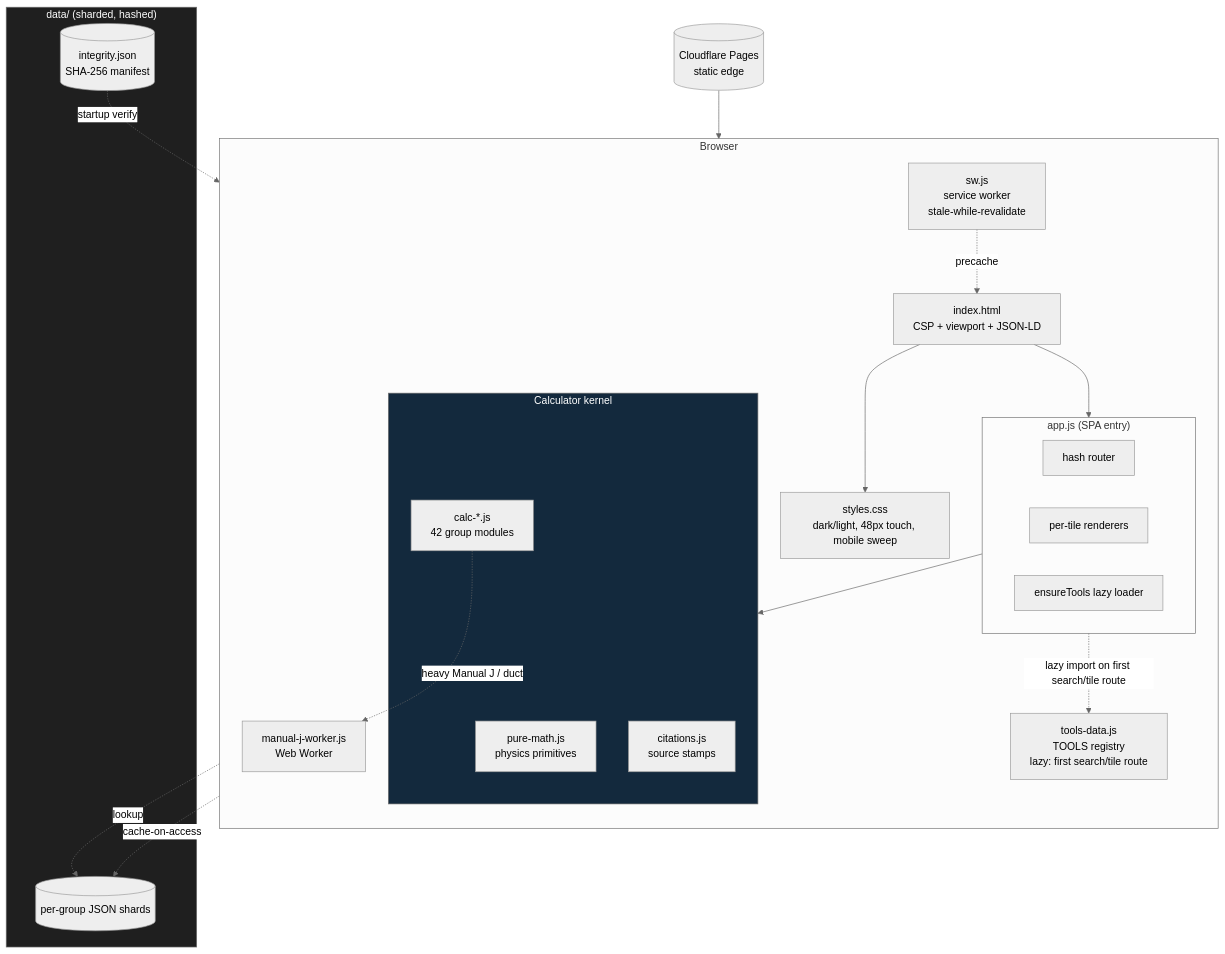
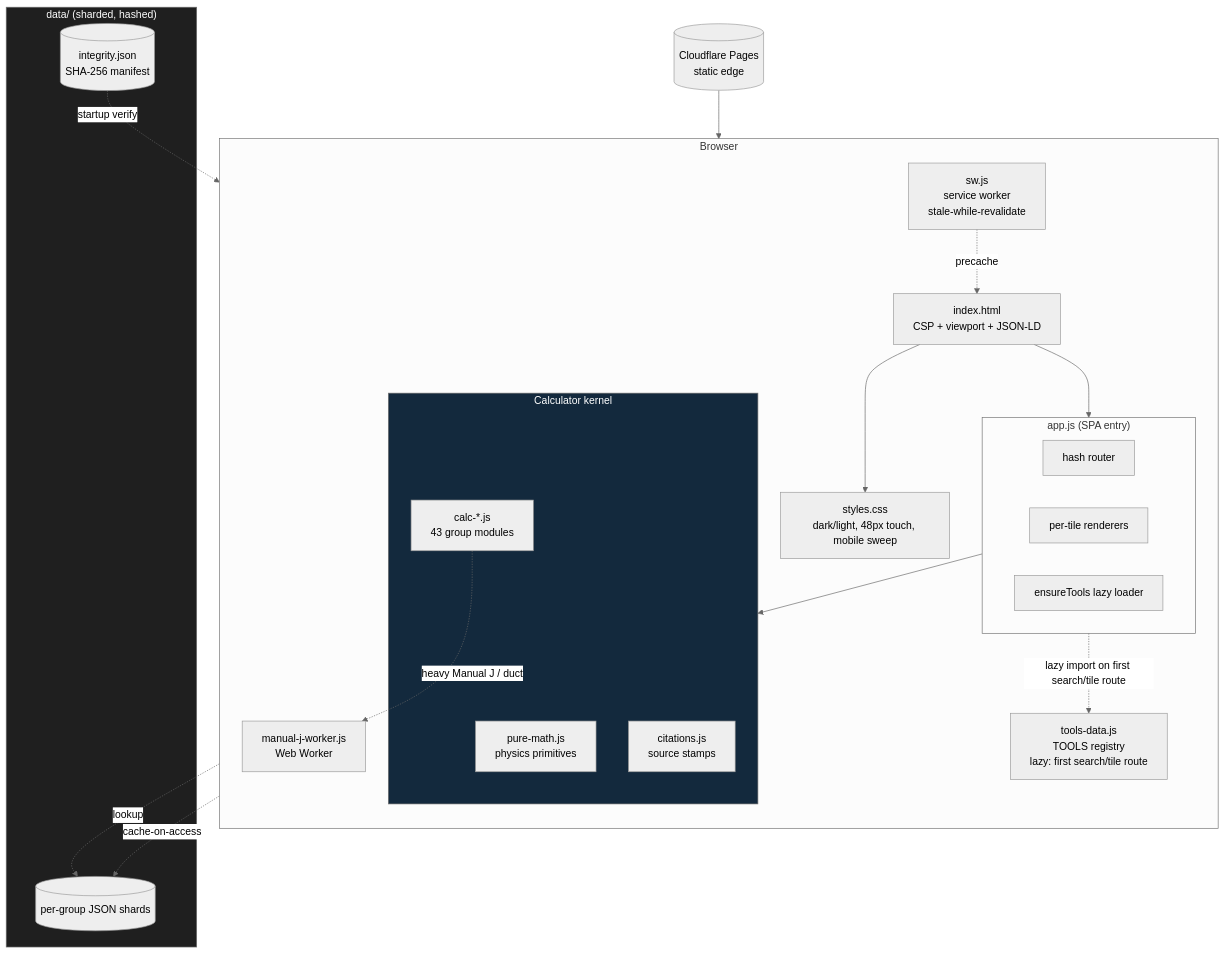
Before and after one commit to clay-good/roughlogic.com: the second of 8 diagrams in README.md, drawn with Mermaid (neutral theme). The commit also changed other lines of this file and 16 other files, not shown here.

````diff
--- a/README.md
+++ b/README.md
@@ -77,39 +77,39 @@
 ```mermaid
 flowchart TB
     subgraph Browser
         direction TB
         HTML[index.html\nCSP + viewport + JSON-LD]
         CSS[styles.css\ndark/light, 48px touch, mobile sweep]
         subgraph App["app.js (SPA entry)"]
             ROUTE[hash router]
             RENDER[per-tile renderers]
             ENSURE[ensureTools lazy loader]
         end
         TOOLS[tools-data.js\nTOOLS registry\nlazy: first search/tile route]
         subgraph Calc["Calculator kernel"]
             PM[pure-math.js\nphysics primitives]
-            CALC[calc-*.js\n42 group modules]
+            CALC[calc-*.js\n43 group modules]
             CIT[citations.js\nsource stamps]
         end
         SW[sw.js\nservice worker\nstale-while-revalidate]
         WORKER[manual-j-worker.js\nWeb Worker]
     end
     subgraph Data["data/ (sharded, hashed)"]
         SHARDS[(per-group JSON shards)]
         INTEG[(integrity.json\nSHA-256 manifest)]
     end
     CDN[(Cloudflare Pages\nstatic edge)]
 
     CDN --> HTML
     HTML --> CSS
     HTML --> App
     App -.lazy import on first search/tile route.-> TOOLS
     App --> Calc
     CALC -.->|heavy Manual J / duct| WORKER
     CALC -.->|lookup| SHARDS
     SW -.precache.-> HTML
     SW -.cache-on-access.-> SHARDS
     INTEG -.startup verify.-> App
     style Calc fill:#13293d,color:#fff
     style Data fill:#1f1f1f,color:#fff
 ```
````
